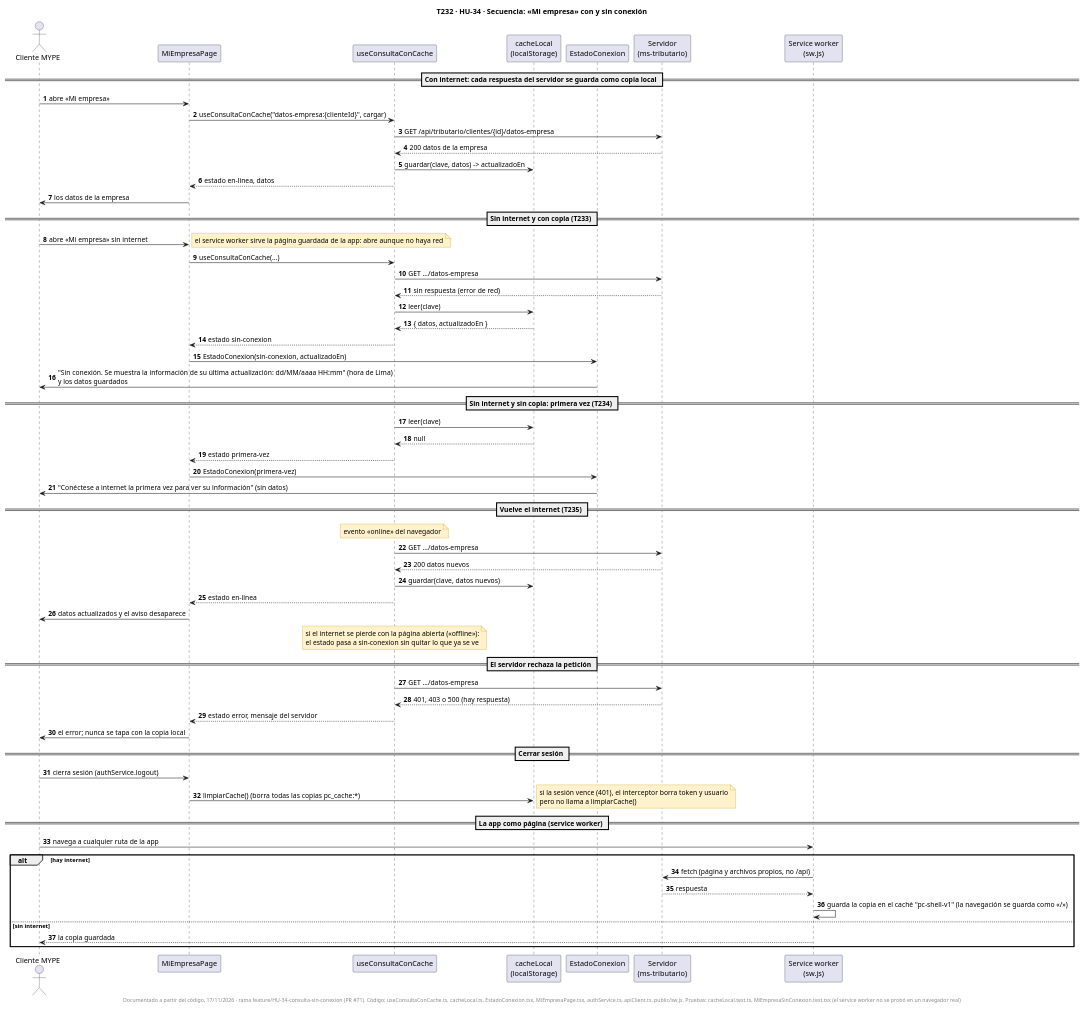
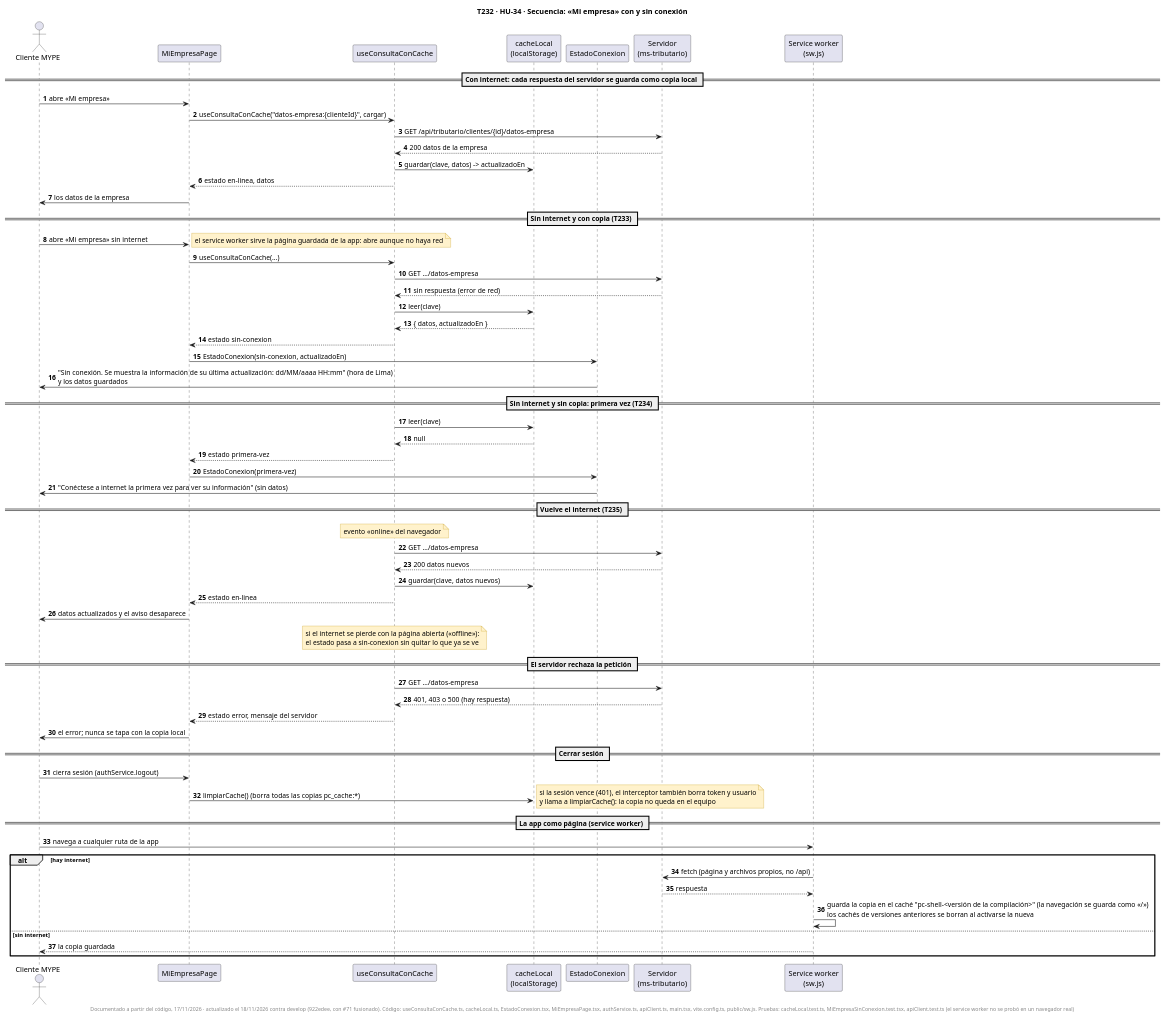
One commit to fabianrodriguez33/plus-contable changed the diagram in docs/uml/T232-HU34-secuencia-sin-conexion.puml. Above: the diagram before and after it, drawn with PlantUML. The commit also changed 11 other files, not shown here.

Commit message:
Diagramas de HU-33, HU-35 y HU-34 actualizados con develop: pantalla «Avisos de pago», redirección al renderizar, 401 que borra la copia local y caché versionado

```diff
--- a/docs/uml/T232-HU34-secuencia-sin-conexion.puml
+++ b/docs/uml/T232-HU34-secuencia-sin-conexion.puml
@@ -1,75 +1,75 @@
 @startuml
 title T232 · HU-34 · Secuencia: «Mi empresa» con y sin conexión
 skinparam shadowing false
 skinparam noteBackgroundColor #FFF2CC
 skinparam noteBorderColor #BF9000
 autonumber
 
 actor "Cliente MYPE" as U
 participant "MiEmpresaPage" as P
 participant "useConsultaConCache" as H
 participant "cacheLocal\n(localStorage)" as C
 participant "EstadoConexion" as E
 participant "Servidor\n(ms-tributario)" as S
 participant "Service worker\n(sw.js)" as SW
 
 == Con internet: cada respuesta del servidor se guarda como copia local ==
 U -> P : abre «Mi empresa»
 P -> H : useConsultaConCache("datos-empresa:{clienteId}", cargar)
 H -> S : GET /api/tributario/clientes/{id}/datos-empresa
 S --> H : 200 datos de la empresa
 H -> C : guardar(clave, datos) -> actualizadoEn
 H --> P : estado en-linea, datos
 P -> U : los datos de la empresa
 
 == Sin internet y con copia (T233) ==
 U -> P : abre «Mi empresa» sin internet
 note right : el service worker sirve la página guardada de la app: abre aunque no haya red
 P -> H : useConsultaConCache(...)
 H -> S : GET .../datos-empresa
 S --> H : sin respuesta (error de red)
 H -> C : leer(clave)
 C --> H : { datos, actualizadoEn }
 H --> P : estado sin-conexion
 P -> E : EstadoConexion(sin-conexion, actualizadoEn)
 E -> U : "Sin conexión. Se muestra la información de su última actualización: dd/MM/aaaa HH:mm" (hora de Lima)\ny los datos guardados
 
 == Sin internet y sin copia: primera vez (T234) ==
 H -> C : leer(clave)
 C --> H : null
 H --> P : estado primera-vez
 P -> E : EstadoConexion(primera-vez)
 E -> U : "Conéctese a internet la primera vez para ver su información" (sin datos)
 
 == Vuelve el internet (T235) ==
 note over H : evento «online» del navegador
 H -> S : GET .../datos-empresa
 S --> H : 200 datos nuevos
 H -> C : guardar(clave, datos nuevos)
 H --> P : estado en-linea
 P -> U : datos actualizados y el aviso desaparece
 note over H : si el internet se pierde con la página abierta («offline»):\nel estado pasa a sin-conexion sin quitar lo que ya se ve
 
 == El servidor rechaza la petición ==
 H -> S : GET .../datos-empresa
 S --> H : 401, 403 o 500 (hay respuesta)
 H --> P : estado error, mensaje del servidor
 P -> U : el error; nunca se tapa con la copia local
 
 == Cerrar sesión ==
 U -> P : cierra sesión (authService.logout)
 P -> C : limpiarCache() (borra todas las copias pc_cache:*)
-note right : si la sesión vence (401), el interceptor borra token y usuario\npero no llama a limpiarCache()
+note right : si la sesión vence (401), el interceptor también borra token y usuario\ny llama a limpiarCache(): la copia no queda en el equipo
 
 == La app como página (service worker) ==
 U -> SW : navega a cualquier ruta de la app
 alt hay internet
   SW -> S : fetch (página y archivos propios, no /api)
   S --> SW : respuesta
-  SW -> SW : guarda la copia en el caché "pc-shell-v1" (la navegación se guarda como «/»)
+  SW -> SW : guarda la copia en el caché "pc-shell-<versión de la compilación>" (la navegación se guarda como «/»)\nlos cachés de versiones anteriores se borran al activarse la nueva
 else sin internet
   SW --> U : la copia guardada
 end
 
-footer Documentado a partir del código, 17/11/2026 · rama feature/HU-34-consulta-sin-conexion (PR #71). Código: useConsultaConCache.ts, cacheLocal.ts, EstadoConexion.tsx, MiEmpresaPage.tsx, authService.ts, apiClient.ts, public/sw.js. Pruebas: cacheLocal.test.ts, MiEmpresaSinConexion.test.tsx (el service worker no se probó en un navegador real)
+footer Documentado a partir del código, 17/11/2026 · actualizado el 18/11/2026 contra develop (922edee, con #71 fusionado). Código: useConsultaConCache.ts, cacheLocal.ts, EstadoConexion.tsx, MiEmpresaPage.tsx, authService.ts, apiClient.ts, main.tsx, vite.config.ts, public/sw.js. Pruebas: cacheLocal.test.ts, MiEmpresaSinConexion.test.tsx, apiClient.test.ts (el service worker no se probó en un navegador real)
 @enduml
```
